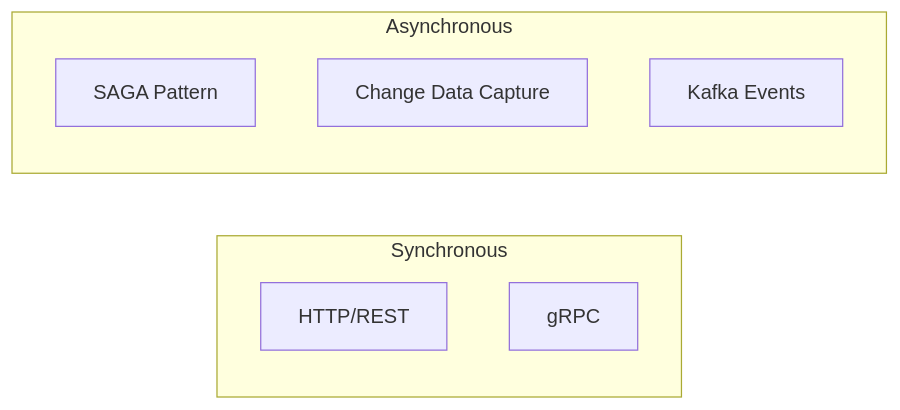
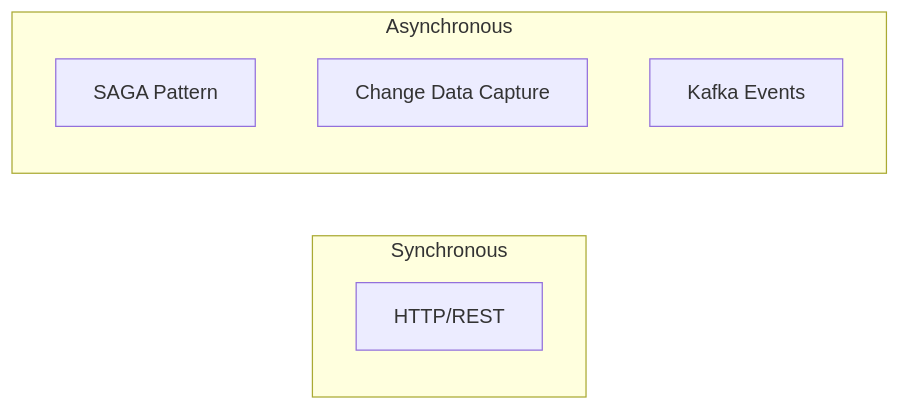
One commit to dayawansha/agentic-federated-cbdc-fraud-detection changed the first of 3 diagrams in doc/status/devPlan.md. Above: the diagram before and after it, drawn with Mermaid. The commit also changed other lines of this file and 48 other files, not shown here.

````diff
--- a/doc/status/devPlan.md
+++ b/doc/status/devPlan.md
@@ -26,13 +26,12 @@
 ```mermaid
 graph LR
     subgraph "Synchronous"
         HTTP[HTTP/REST]
-        GRPC[gRPC]
     end
     
     subgraph "Asynchronous"
         SAGA[SAGA Pattern]
         CDC[Change Data Capture]
         KAFKA[Kafka Events]
     end
 ```
````
